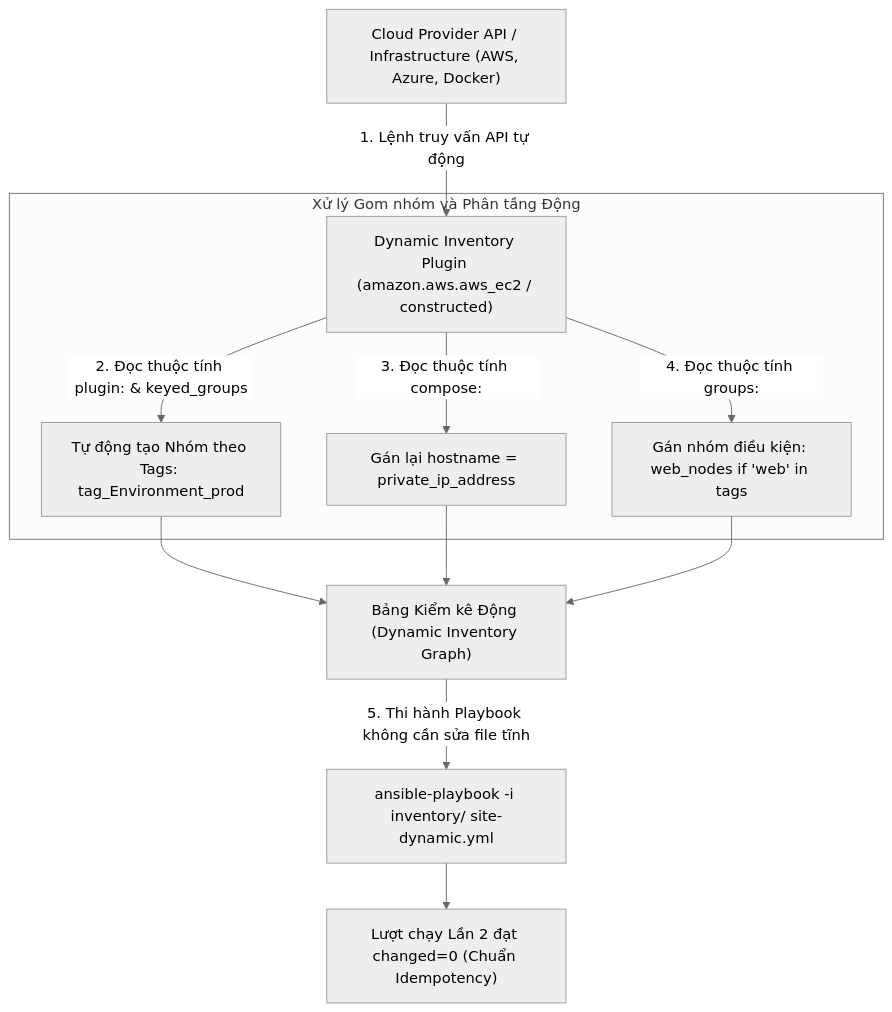
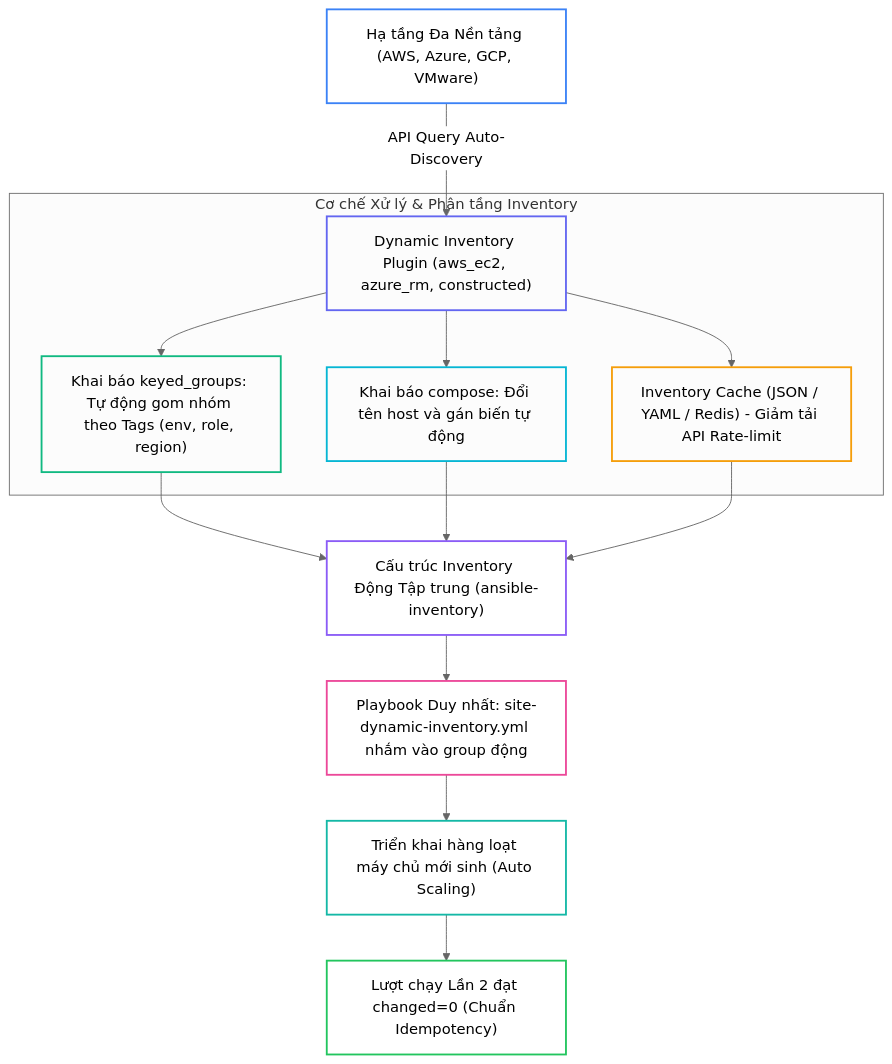
Before and after one commit to kiennt308/ntk: the first of 3 diagrams in _posts/2026-09-13-ansible-24-24-dynamic-inventory.md, drawn with Mermaid (neutral theme). The commit also changed other lines of this file and 30 other files, not shown here.

````diff
--- a/_posts/2026-09-13-ansible-24-24-dynamic-inventory.md
+++ b/_posts/2026-09-13-ansible-24-24-dynamic-inventory.md
@@ -82,17 +35,29 @@
 ```mermaid
 graph TD
-    A["Cloud Provider API / Infrastructure (AWS, Azure, Docker)"] -->|"1. Lệnh truy vấn API tự động"| B["Dynamic Inventory Plugin (amazon.aws.aws_ec2 / constructed)"]
+    A["Hạ tầng Đa Nền tảng (AWS, Azure, GCP, VMware)"] -->|"API Query Auto-Discovery"| B["Dynamic Inventory Plugin (aws_ec2, azure_rm, constructed)"]
     
-    subgraph "Xử lý Gom nhóm và Phân tầng Động"
-        B -->|"2. Đọc thuộc tính plugin: & keyed_groups"| C["Tự động tạo Nhóm theo Tags: tag_Environment_prod"]
-        B -->|"3. Đọc thuộc tính compose:"| D["Gán lại hostname = private_ip_address"]
-        B -->|"4. Đọc thuộc tính groups:"| E["Gán nhóm điều kiện: web_nodes if 'web' in tags"]
+    subgraph "Cơ chế Xử lý & Phân tầng Inventory"
+        B --> C["Khai báo keyed_groups: Tự động gom nhóm theo Tags (env, role, region)"]
+        B --> D["Khai báo compose: Đổi tên host và gán biến tự động"]
+        B --> E["Inventory Cache (JSON / YAML / Redis) - Giảm tải API Rate-limit"]
     end
     
-    C --> F["Bảng Kiểm kê Động (Dynamic Inventory Graph)"]
+    C --> F["Cấu trúc Inventory Động Tập trung (ansible-inventory)"]
     D --> F
     E --> F
     
-    F -->|"5. Thi hành Playbook không cần sửa file tĩnh"| G["ansible-playbook -i inventory/ site-dynamic.yml"]
-    G --> H["Lượt chạy Lần 2 đạt changed=0 (Chuẩn Idempotency)"]
+    F --> G["Playbook Duy nhất: site-dynamic-inventory.yml nhắm vào group động"]
+    G --> H["Triển khai hàng loạt máy chủ mới sinh (Auto Scaling)"]
+    
+    H --> I["Lượt chạy Lần 2 đạt changed=0 (Chuẩn Idempotency)"]
+
+    style A fill:none,stroke:#3b82f6,stroke-width:2px
+    style B fill:none,stroke:#6366f1,stroke-width:2px
+    style C fill:none,stroke:#10b981,stroke-width:2px
+    style D fill:none,stroke:#06b6d4,stroke-width:2px
+    style E fill:none,stroke:#f59e0b,stroke-width:2px
+    style F fill:none,stroke:#8b5cf6,stroke-width:2px
+    style G fill:none,stroke:#ec4899,stroke-width:2px
+    style H fill:none,stroke:#14b8a6,stroke-width:2px
+    style I fill:none,stroke:#22c55e,stroke-width:2px
 ```
````
